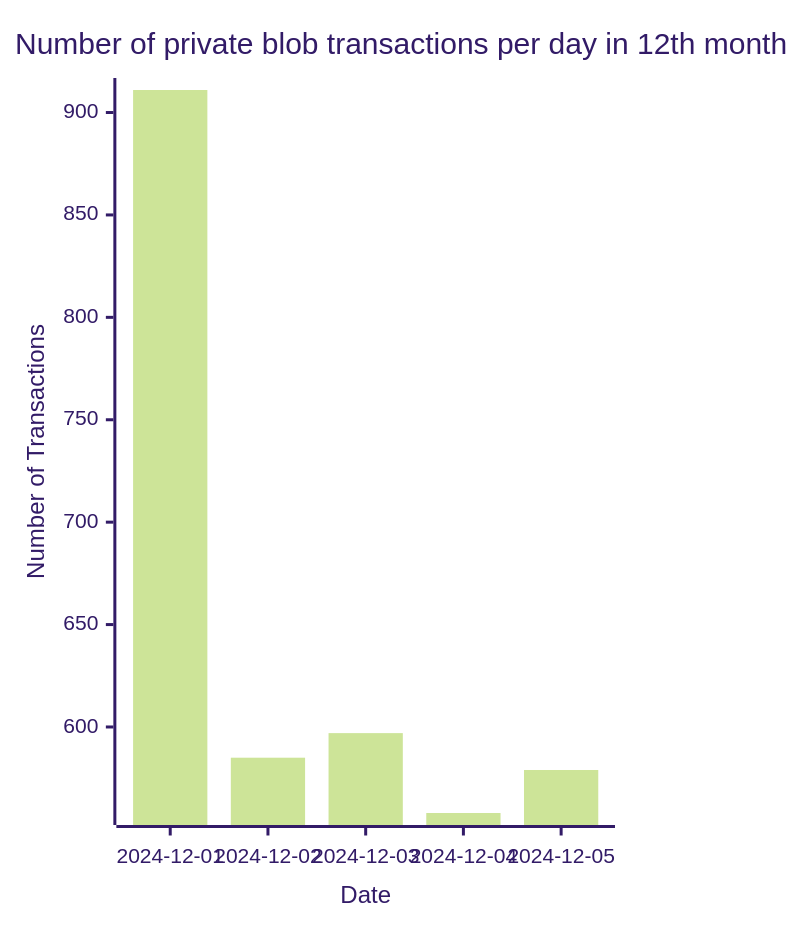
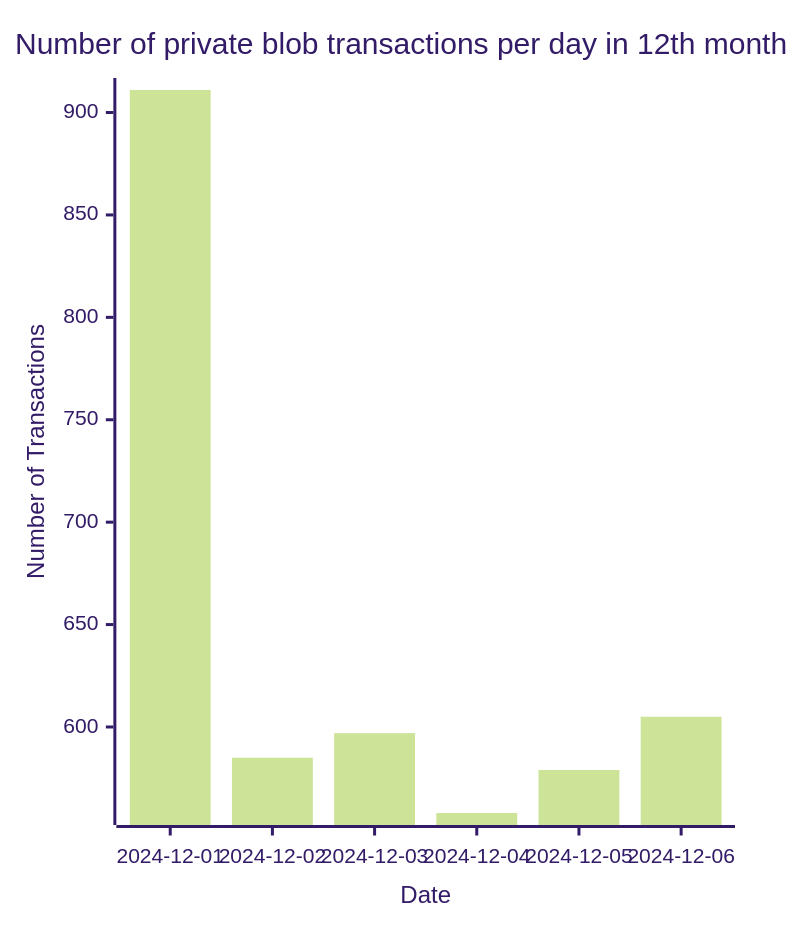
One commit to Amit0617/eip4844-data changed the diagram in README.md. Above: the diagram before and after it, drawn with Mermaid (forest theme). The commit also changed 1 other file, not shown here.

````diff
--- a/README.md
+++ b/README.md
@@ -1,12 +1,12 @@
 ```mermaid
 ---
 config:
     xyChart:
-        width: 400
+        width: 480
         height: 600
 ---
 xychart-beta title "Number of private blob transactions per day in 12th month"
-x-axis "Date" [2024-12-01,2024-12-02,2024-12-03,2024-12-04,2024-12-05]
+x-axis "Date" [2024-12-01,2024-12-02,2024-12-03,2024-12-04,2024-12-05,2024-12-06]
 y-axis "Number of Transactions"
-bar[911,585,597,558,579]
+bar[911,585,597,558,579,605]
 ```
````
